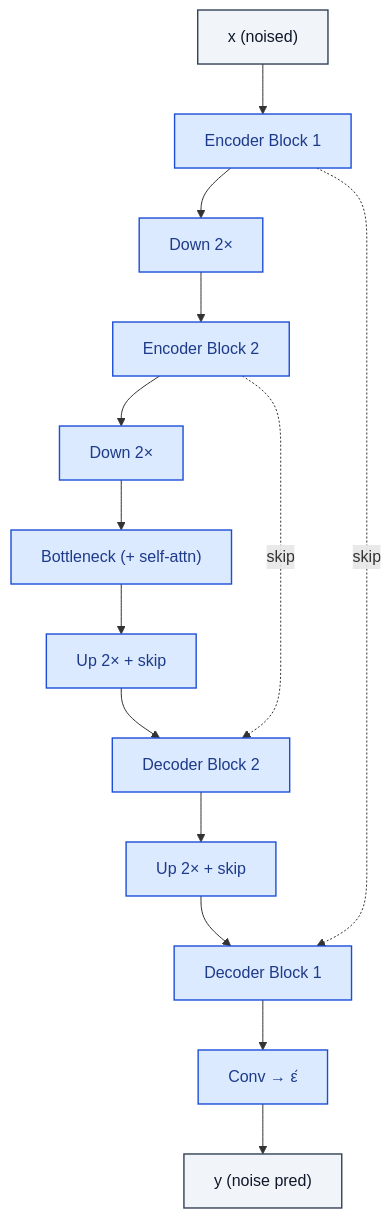
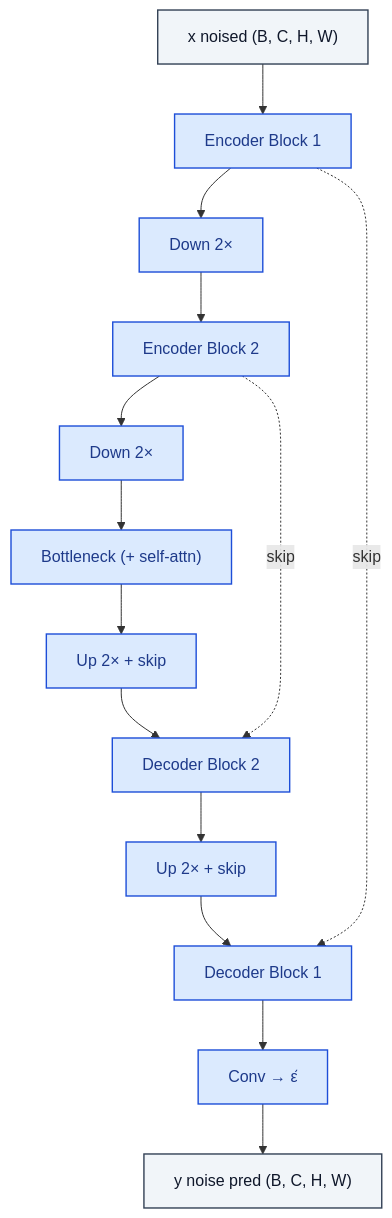
The diagram in unet_diffusion/UNet.md (RealityShifts/Srivastava-book-of-Blocks-diagrams), drawn with Mermaid before and after one commit. The commit also changed 123 other files, not shown here.

````diff
--- a/unet_diffusion/UNet.md
+++ b/unet_diffusion/UNet.md
@@ -7,37 +7,38 @@
 ```mermaid
 flowchart TD
-    n0_0["x  (noised)"]:::io
+    n0_0["x  noised  (B, C, H, W)"]:::io
     n1_0["Encoder Block 1"]:::op
     n2_0["Down 2×"]:::op
     n3_0["Encoder Block 2"]:::op
     n4_0["Down 2×"]:::op
     n5_0["Bottleneck (+ self-attn)"]:::op
     n6_0["Up 2×  + skip"]:::op
     n7_0["Decoder Block 2"]:::op
     n8_0["Up 2×  + skip"]:::op
     n9_0["Decoder Block 1"]:::op
     n10_0["Conv → ε̂"]:::op
-    n11_0["y  (noise pred)"]:::io
+    n11_0["y  noise pred  (B, C, H, W)"]:::io
     n0_0 --> n1_0
     n1_0 --> n2_0
     n2_0 --> n3_0
     n3_0 --> n4_0
     n4_0 --> n5_0
     n5_0 --> n6_0
     n6_0 --> n7_0
     n7_0 --> n8_0
     n8_0 --> n9_0
     n9_0 --> n10_0
     n10_0 --> n11_0
     n1_0 -. skip .-> n9_0
     n3_0 -. skip .-> n7_0
     classDef io fill:#f1f5f9,stroke:#334155,stroke-width:1.4px,color:#0f172a
     classDef op fill:#dbeafe,stroke:#1d4ed8,stroke-width:1.4px,color:#1e3a8a
     classDef norm fill:#dcfce7,stroke:#15803d,stroke-width:1.4px,color:#14532d
     classDef act fill:#ffedd5,stroke:#c2410c,stroke-width:1.4px,color:#7c2d12
     classDef attn fill:#ede9fe,stroke:#6d28d9,stroke-width:1.4px,color:#4c1d95
     classDef merge fill:#fef3c7,stroke:#b45309,stroke-width:1.4px,color:#78350f
     classDef emb fill:#fef9c3,stroke:#a16207,stroke-width:1.4px,color:#713f12
     classDef loss fill:#fee2e2,stroke:#b91c1c,stroke-width:1.4px,color:#7f1d1d
     classDef ctrl fill:#f5f5f4,stroke:#52525b,stroke-width:1.4px,color:#27272a
+    classDef ref fill:#e0f2fe,stroke:#0369a1,stroke-width:2px,color:#0c4a6e,stroke-dasharray: 4 2
 ```
````
